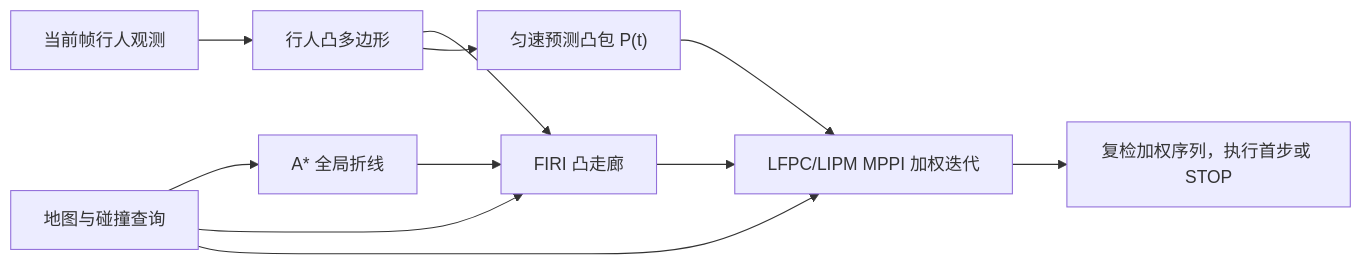
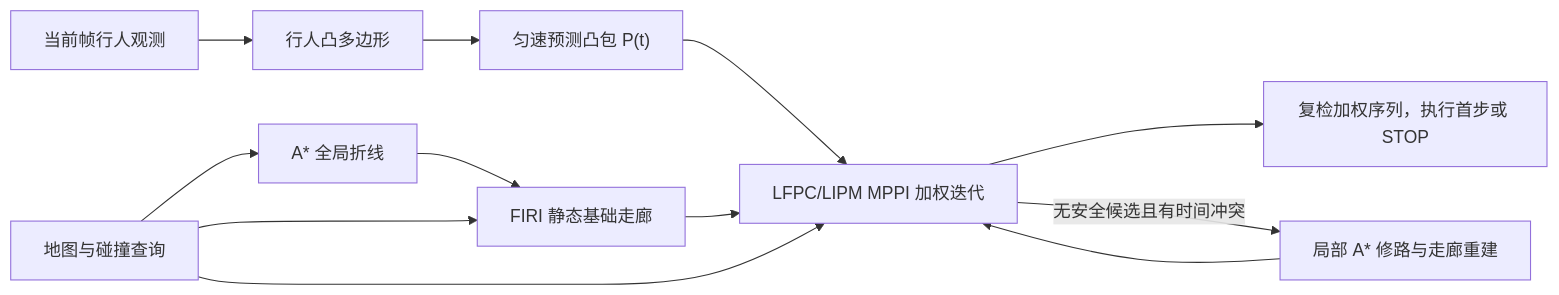
Before and after one commit to xcg124110023416/cane_planner: the diagram in README.md, drawn with Mermaid. The commit also changed other lines of this file and 26 other files, not shown here.

````diff
--- a/README.md
+++ b/README.md
@@ -26,13 +26,14 @@
 ```mermaid
 flowchart LR
     MAP["地图与碰撞查询"] --> ASTAR["A* 全局折线"]
-    ASTAR --> FIRI["FIRI 凸走廊"]
+    ASTAR --> FIRI["FIRI 静态基础走廊"]
     MAP --> FIRI
     PED["当前帧行人观测"] --> HULL["行人凸多边形"]
-    HULL --> FIRI
     HULL --> CV["匀速预测凸包 P(t)"]
     CV --> MPPI
     FIRI --> MPPI["LFPC/LIPM MPPI 加权迭代"]
     MAP --> MPPI
     MPPI --> EXEC["复检加权序列，执行首步或 STOP"]
+    MPPI -->|无安全候选且有时间冲突| REPAIR["局部 A* 修路与走廊重建"]
+    REPAIR --> MPPI
 ```
````
